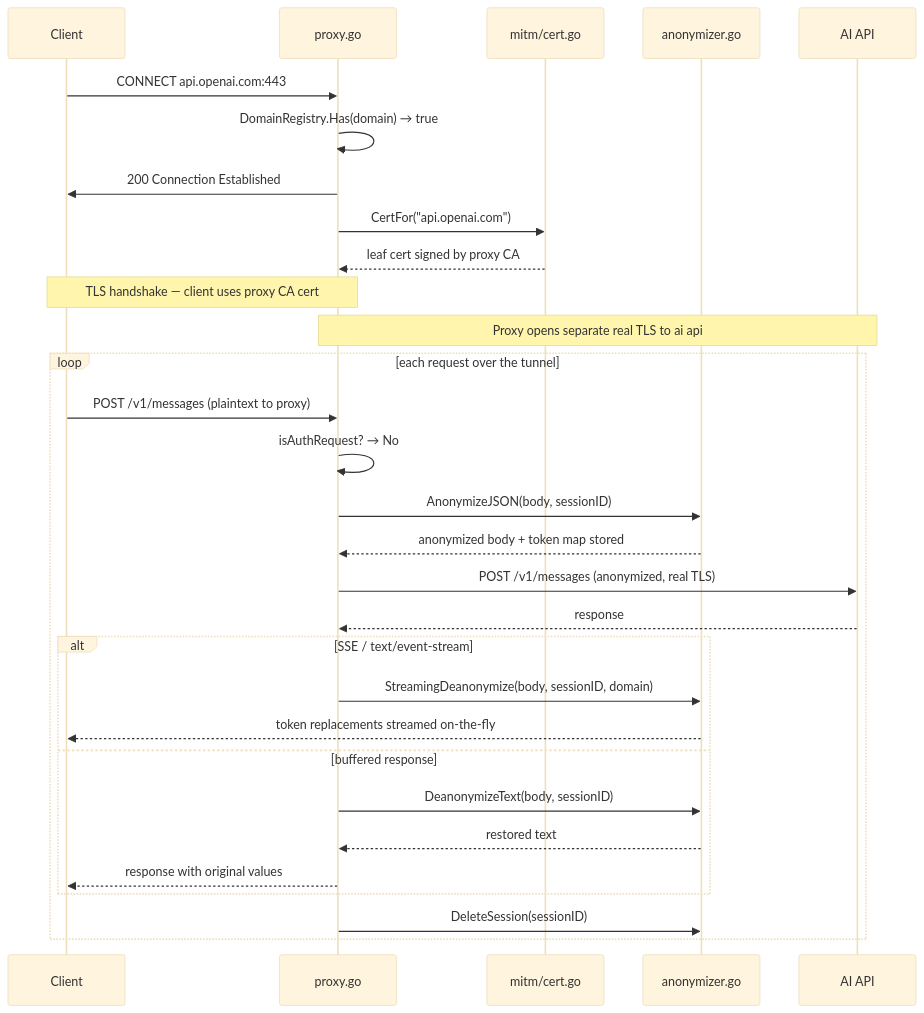
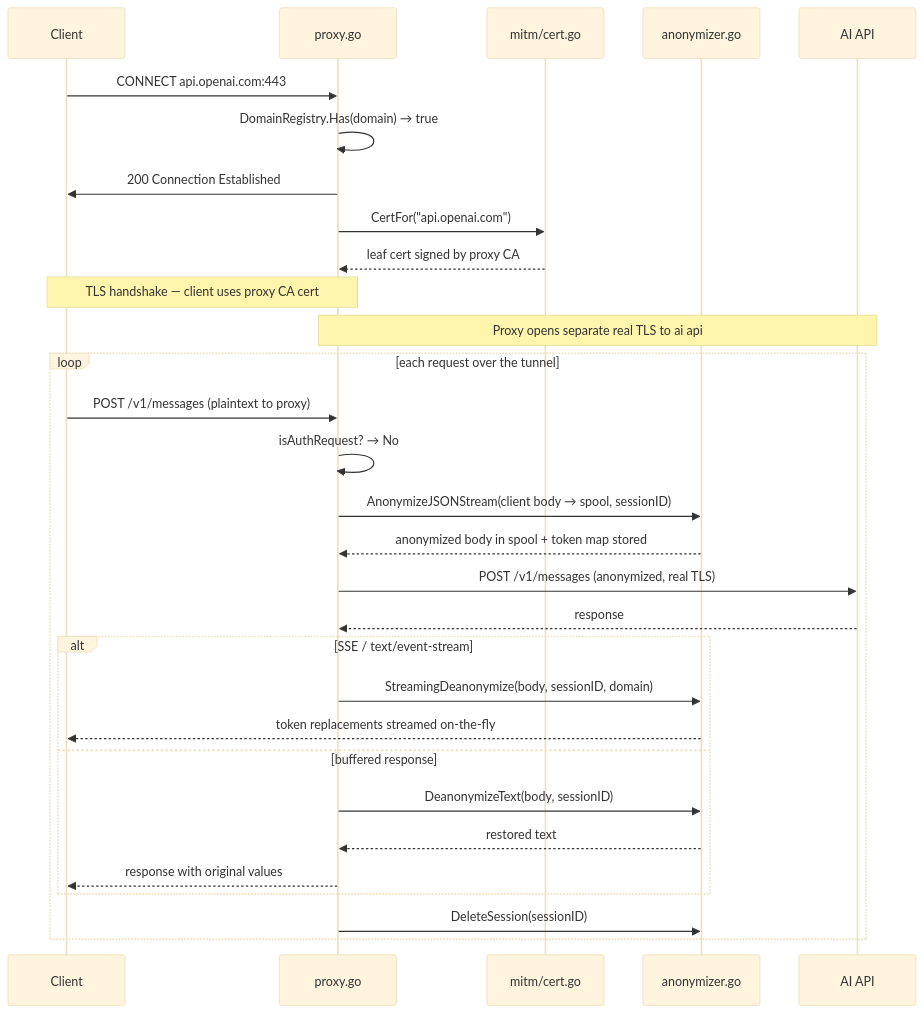
The second of 9 diagrams in docs/architecture.md (laplaque/ai-anonymizing-proxy), drawn with Mermaid (base theme) before and after one commit. The commit also changed other lines of this file and 20 other files, not shown here.

````diff
--- a/docs/architecture.md
+++ b/docs/architecture.md
@@ -52,34 +52,34 @@
 ```mermaid
 sequenceDiagram
     participant C as Client
     participant P as proxy.go
     participant CA as mitm/cert.go
     participant A as anonymizer.go
     participant API as AI API
 
     C->>P: CONNECT api.openai.com:443
     P->>P: DomainRegistry.Has(domain) → true
     P->>C: 200 Connection Established
     P->>CA: CertFor("api.openai.com")
     CA-->>P: leaf cert signed by proxy CA
     Note over C,P: TLS handshake — client uses proxy CA cert
     Note over P,API: Proxy opens separate real TLS to ai api
 
     loop each request over the tunnel
         C->>P: POST /v1/messages (plaintext to proxy)
         P->>P: isAuthRequest? → No
-        P->>A: AnonymizeJSON(body, sessionID)
-        A-->>P: anonymized body + token map stored
+        P->>A: AnonymizeJSONStream(client body → spool, sessionID)
+        A-->>P: anonymized body in spool + token map stored
         P->>API: POST /v1/messages (anonymized, real TLS)
         API-->>P: response
         alt SSE / text/event-stream
             P->>A: StreamingDeanonymize(body, sessionID, domain)
             A-->>C: token replacements streamed on-the-fly
         else buffered response
             P->>A: DeanonymizeText(body, sessionID)
             A-->>P: restored text
             P-->>C: response with original values
         end
         P->>A: DeleteSession(sessionID)
     end
 ```
````
